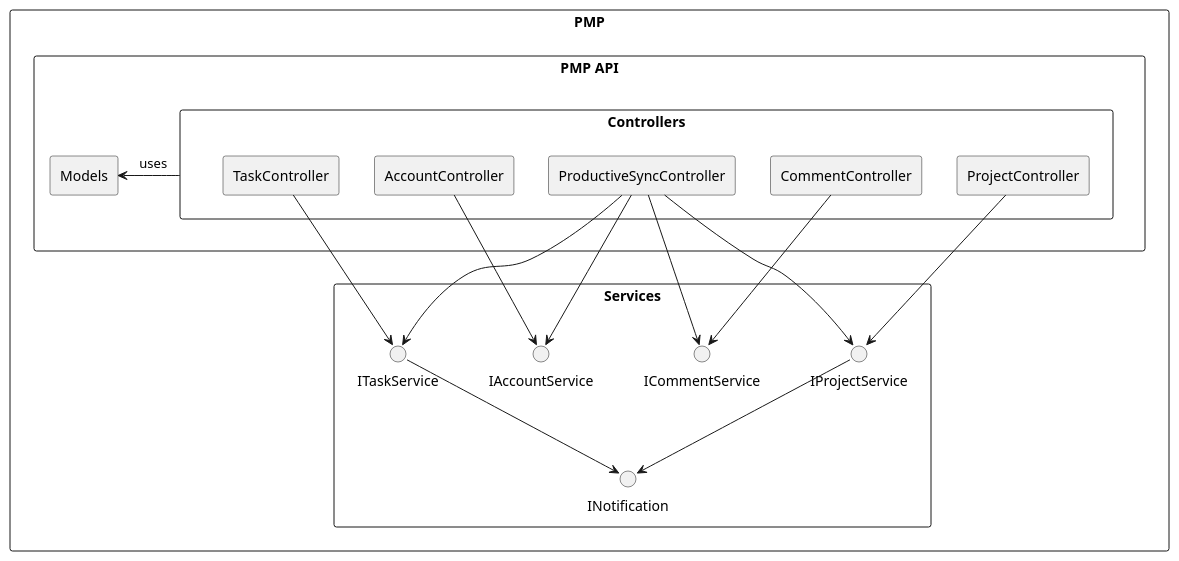
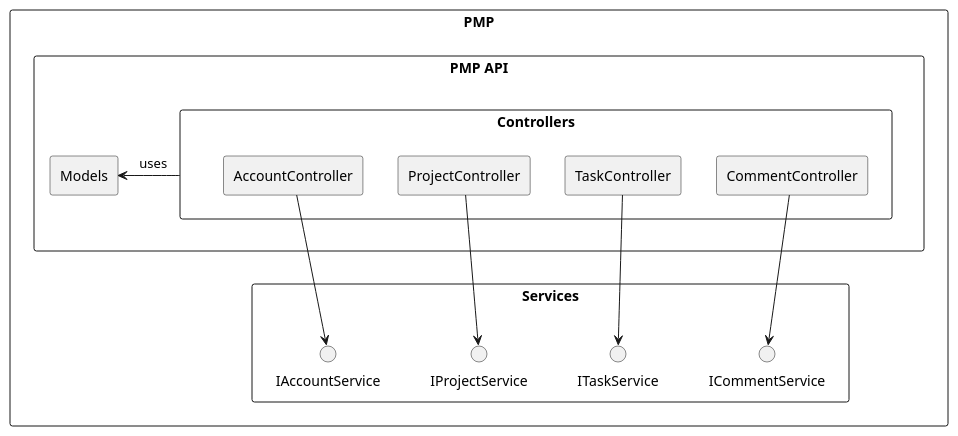
One commit to DCReceveur/pre-afstudeer-docs changed the diagram in Documentatie/UML/Technisch/C4_Component_API.md. Above: the diagram before and after it, drawn with PlantUML. The commit also changed 1 other file, not shown here.

Commit message:
start todos SAD

````diff
--- a/Documentatie/UML/Technisch/C4_Component_API.md
+++ b/Documentatie/UML/Technisch/C4_Component_API.md
@@ -1,35 +1,29 @@
 ```puml
 rectangle PMP{
 rectangle "PMP API"{
     rectangle "Controllers"{
         rectangle "AccountController"
         rectangle "ProjectController"
         rectangle "TaskController"
         rectangle "CommentController"
-        rectangle "ProductiveSyncController"
     }
     rectangle "Models"
 }
     rectangle "Services"{
-        interface "INotification"
+        'interface "INotification"
         interface "IAccountService"
         interface "ITaskService"
         ' rectangle TaskService
         interface "IProjectService"
         ' rectangle ProjectService
         interface "ICommentService"
-
     }
 }
     Controllers -[norank]-> Models : uses
     AccountController --> IAccountService
     TaskController --> ITaskService
     ProjectController --> IProjectService
     CommentController --> ICommentService
-    ITaskService --> INotification
-    IProjectService --> INotification
-    ProductiveSyncController --> IProjectService
-    ProductiveSyncController --> ITaskService
-    ProductiveSyncController --> ICommentService
-    ProductiveSyncController --> IAccountService
+    'ITaskService --> INotification
+    'IProjectService --> INotification
 ```
````
